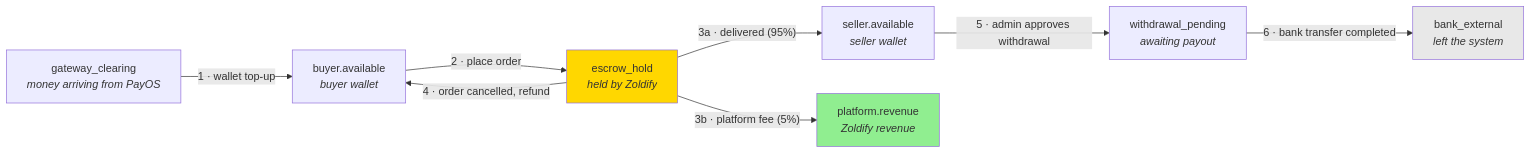
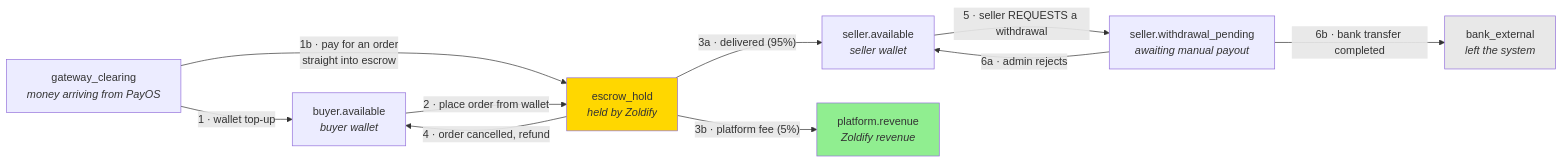
Before and after one commit to tdat-dev/Zoldify_Backend: the eighth of 18 diagrams in docs/system-design/2026-08-06-zoldify-diagrams.md, drawn with Mermaid. The commit also changed other lines of this file and 4 other files, not shown here.

````diff
--- a/docs/system-design/2026-08-06-zoldify-diagrams.md
+++ b/docs/system-design/2026-08-06-zoldify-diagrams.md
@@ -408,22 +408,24 @@
 ```mermaid
 flowchart LR
     gateway["gateway_clearing<br/><i>money arriving from PayOS</i>"]
     buyerAcc["buyer.available<br/><i>buyer wallet</i>"]
     hold["escrow_hold<br/><i>held by Zoldify</i>"]
     sellerAcc["seller.available<br/><i>seller wallet</i>"]
     revenue["platform.revenue<br/><i>Zoldify revenue</i>"]
-    pending["withdrawal_pending<br/><i>awaiting payout</i>"]
+    pending["seller.withdrawal_pending<br/><i>awaiting manual payout</i>"]
     bank["bank_external<br/><i>left the system</i>"]
 
     gateway -->|"1 · wallet top-up"| buyerAcc
-    buyerAcc -->|"2 · place order"| hold
+    gateway -->|"1b · pay for an order<br/>straight into escrow"| hold
+    buyerAcc -->|"2 · place order from wallet"| hold
     hold -->|"3a · delivered (95%)"| sellerAcc
     hold -->|"3b · platform fee (5%)"| revenue
     hold -->|"4 · order cancelled, refund"| buyerAcc
-    sellerAcc -->|"5 · admin approves withdrawal"| pending
-    pending -->|"6 · bank transfer completed"| bank
+    sellerAcc -->|"5 · seller REQUESTS a withdrawal"| pending
+    pending -->|"6a · admin rejects"| sellerAcc
+    pending -->|"6b · bank transfer completed"| bank
 
     style hold fill:#ffd700
     style revenue fill:#90ee90
     style bank fill:#e8e8e8
 ```
````
